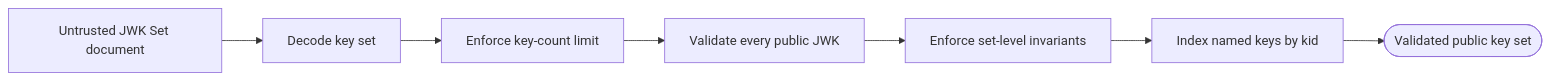
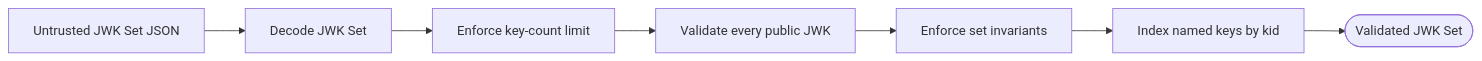
Before and after one commit to mkbeh/xjose: diagram 15 of 20 in DESIGN.md, drawn with Mermaid. The commit also changed other lines of this file, not shown here.

Commit message:
docs: refine architectural design

````diff
--- a/DESIGN.md
+++ b/DESIGN.md
@@ -571,16 +629,16 @@
 ```mermaid
 flowchart LR
-    Input[Untrusted JWK Set document]
-    Decode[Decode key set]
+    Input[Untrusted JWK Set JSON]
+    Decode[Decode JWK Set]
     Count[Enforce key-count limit]
     Validate[Validate every public JWK]
-    Policy[Enforce set-level invariants]
+    Invariants[Enforce set invariants]
     Index[Index named keys by kid]
-    Set([Validated public key set])
+    Set([Validated JWK Set])
     Input --> Decode
     Decode --> Count
     Count --> Validate
-    Validate --> Policy
-    Policy --> Index
+    Validate --> Invariants
+    Invariants --> Index
     Index --> Set
 ```
````
